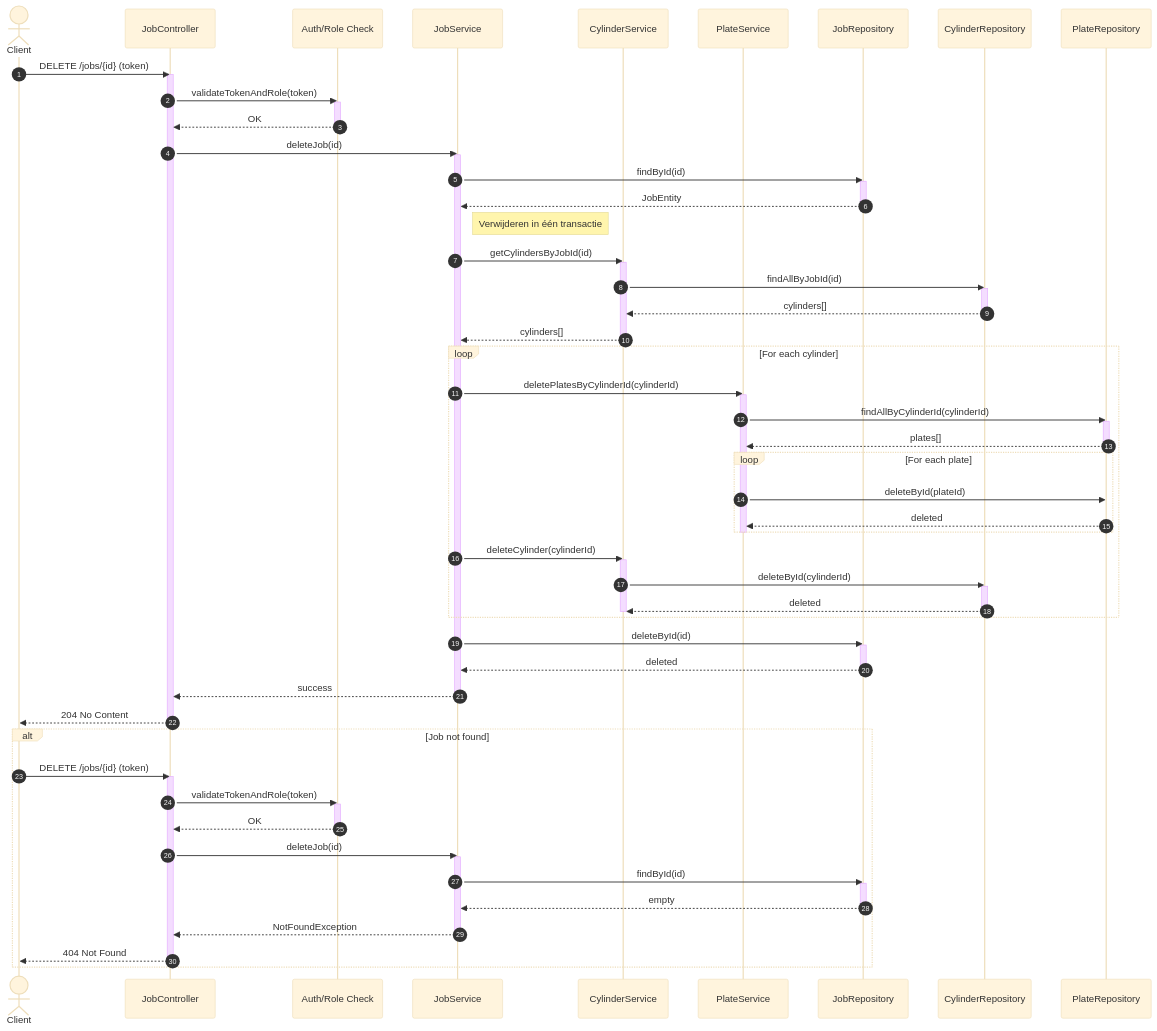
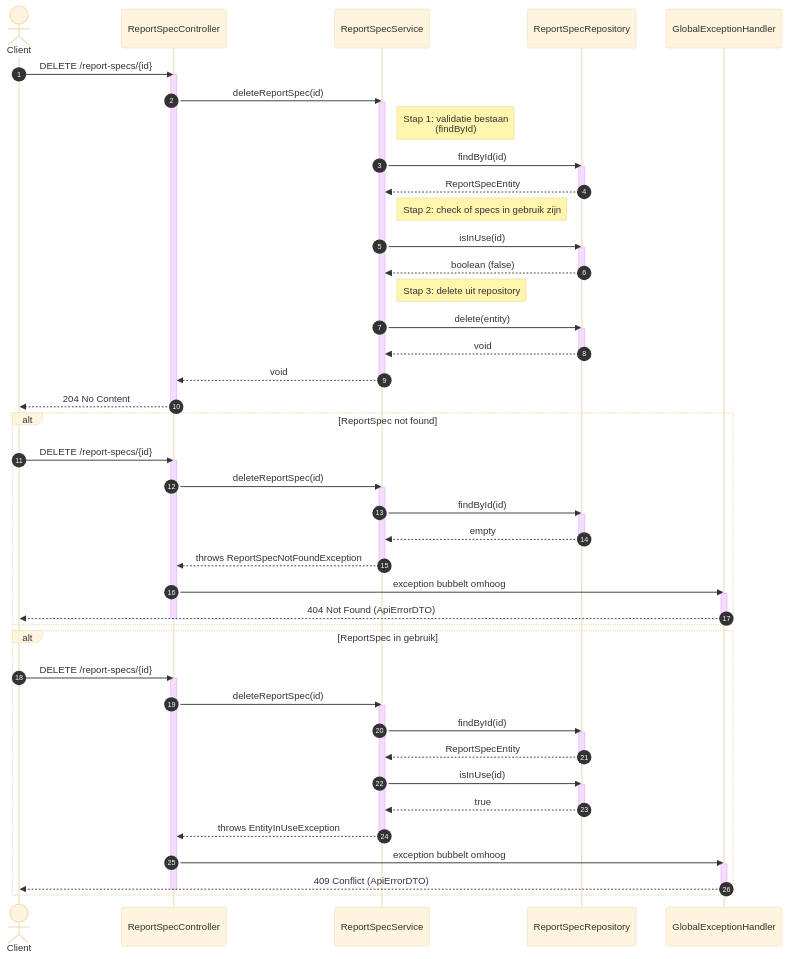
The third of 3 diagrams in README.MD (Th3Bl0ndG0d/WBJE_Backend), drawn with Mermaid (base theme) before and after one commit. The commit also changed other lines of this file and 18 other files, not shown here.

Commit message:
Checking all graphs and fixing small mistakes

````diff
--- a/README.MD
+++ b/README.MD
@@ -350,108 +307,100 @@
 ```mermaid
 sequenceDiagram
-autonumber
+    autonumber
 
     actor Client
-    participant JobController
-    participant AuthFilter as Auth/Role Check
-    participant JobService
-    participant CylinderService
-    participant PlateService
-    participant JobRepository
-    participant CylinderRepository
-    participant PlateRepository
+    participant ReportSpecController
+    participant ReportSpecService
+    participant ReportSpecRepository
+    participant GlobalExceptionHandler
 
-%% ========================
-%% 1) Happy flow
-%% ========================
-Client->>JobController: DELETE /jobs/{id} (token)
-activate JobController
+%% =================================================
+%% 1) Happy flow (204)
+%% =================================================
+    Client->>ReportSpecController: DELETE /report-specs/{id}
+    activate ReportSpecController
+    ReportSpecController->>ReportSpecService: deleteReportSpec(id)
+    activate ReportSpecService
 
-    JobController->>AuthFilter: validateTokenAndRole(token)
-    activate AuthFilter
-    AuthFilter-->>JobController: OK
-    deactivate AuthFilter
+    Note right of ReportSpecService: Stap 1: validatie bestaan<br/>(findById)
 
-    JobController->>JobService: deleteJob(id)
-    activate JobService
+    ReportSpecService->>ReportSpecRepository: findById(id)
+    activate ReportSpecRepository
+    ReportSpecRepository-->>ReportSpecService: ReportSpecEntity
+    deactivate ReportSpecRepository
 
-    JobService->>JobRepository: findById(id)
-    activate JobRepository
-    JobRepository-->>JobService: JobEntity
-    deactivate JobRepository
+    Note right of ReportSpecService: Stap 2: check of specs in gebruik zijn
 
-    Note right of JobService: Verwijderen in één transactie
+    ReportSpecService->>ReportSpecRepository: isInUse(id)
+    activate ReportSpecRepository
+    ReportSpecRepository-->>ReportSpecService: boolean (false)
+    deactivate ReportSpecRepository
 
-    JobService->>CylinderService: getCylindersByJobId(id)
-    activate CylinderService
-    CylinderService->>CylinderRepository: findAllByJobId(id)
-    activate CylinderRepository
-    CylinderRepository-->>CylinderService: cylinders[]
-    deactivate CylinderRepository
-    CylinderService-->>JobService: cylinders[]
-    deactivate CylinderService
+    Note right of ReportSpecService: Stap 3: delete uit repository
 
-    loop For each cylinder
-        JobService->>PlateService: deletePlatesByCylinderId(cylinderId)
-        activate PlateService
+    ReportSpecService->>ReportSpecRepository: delete(entity)
+    activate ReportSpecRepository
+    ReportSpecRepository-->>ReportSpecService: void
+    deactivate ReportSpecRepository
 
-        PlateService->>PlateRepository: findAllByCylinderId(cylinderId)
-        activate PlateRepository
-        PlateRepository-->>PlateService: plates[]
-        deactivate PlateRepository
+    ReportSpecService-->>ReportSpecController: void
+    deactivate ReportSpecService
 
-        loop For each plate
-            PlateService->>PlateRepository: deleteById(plateId)
-            PlateRepository-->>PlateService: deleted
-        end
+    ReportSpecController-->>Client: 204 No Content
+    deactivate ReportSpecController
 
-        deactivate PlateService
+%% =================================================
+%% 2) Alternative flow: ReportSpec not found (404)
+%% =================================================
+    alt ReportSpec not found
+        Client->>ReportSpecController: DELETE /report-specs/{id}
+        activate ReportSpecController
+        ReportSpecController->>ReportSpecService: deleteReportSpec(id)
+        activate ReportSpecService
 
-        JobService->>CylinderService: deleteCylinder(cylinderId)
-        activate CylinderService
-        CylinderService->>CylinderRepository: deleteById(cylinderId)
-        activate CylinderRepository
-        CylinderRepository-->>CylinderService: deleted
-        deactivate CylinderRepository
-        deactivate CylinderService
+        ReportSpecService->>ReportSpecRepository: findById(id)
+        activate ReportSpecRepository
+        ReportSpecRepository-->>ReportSpecService: empty
+        deactivate ReportSpecRepository
+
+        ReportSpecService-->>ReportSpecController: throws ReportSpecNotFoundException
+        deactivate ReportSpecService
+
+        ReportSpecController->>GlobalExceptionHandler: exception bubbelt omhoog
+        activate GlobalExceptionHandler
+        GlobalExceptionHandler-->>Client: 404 Not Found (ApiErrorDTO)
+        deactivate GlobalExceptionHandler
+        deactivate ReportSpecController
     end
 
-    JobService->>JobRepository: deleteById(id)
-    activate JobRepository
-    JobRepository-->>JobService: deleted
-    deactivate JobRepository
+%% =================================================
+%% 3) Alternative flow: Entity in use (409 Conflict)
+%% =================================================
+    alt ReportSpec in gebruik
+        Client->>ReportSpecController: DELETE /report-specs/{id}
+        activate ReportSpecController
+        ReportSpecController->>ReportSpecService: deleteReportSpec(id)
+        activate ReportSpecService
 
-    JobService-->>JobController: success
-    deactivate JobService
+        ReportSpecService->>ReportSpecRepository: findById(id)
+        activate ReportSpecRepository
+        ReportSpecRepository-->>ReportSpecService: ReportSpecEntity
+        deactivate ReportSpecRepository
 
-    JobController-->>Client: 204 No Content
-    deactivate JobController
+        ReportSpecService->>ReportSpecRepository: isInUse(id)
+        activate ReportSpecRepository
+        ReportSpecRepository-->>ReportSpecService: true
+        deactivate ReportSpecRepository
+
+        ReportSpecService-->>ReportSpecController: throws EntityInUseException
+        deactivate ReportSpecService
+
+        ReportSpecController->>GlobalExceptionHandler: exception bubbelt omhoog
+        activate GlobalExceptionHandler
+        GlobalExceptionHandler-->>Client: 409 Conflict (ApiErrorDTO)
+        deactivate GlobalExceptionHandler
+        deactivate ReportSpecController
+    end
 
 
-%% ========================
-%% 2) Alternative flow: Job not found
-%% ========================
-alt Job not found
-Client->>JobController: DELETE /jobs/{id} (token)
-activate JobController
-
-        JobController->>AuthFilter: validateTokenAndRole(token)
-        activate AuthFilter
-        AuthFilter-->>JobController: OK
-        deactivate AuthFilter
-
-        JobController->>JobService: deleteJob(id)
-        activate JobService
-
-        JobService->>JobRepository: findById(id)
-        activate JobRepository
-        JobRepository-->>JobService: empty
-        deactivate JobRepository
-
-        JobService-->>JobController: NotFoundException
-        deactivate JobService
-
-        JobController-->>Client: 404 Not Found
-        deactivate JobController
-    end
 ```
````
